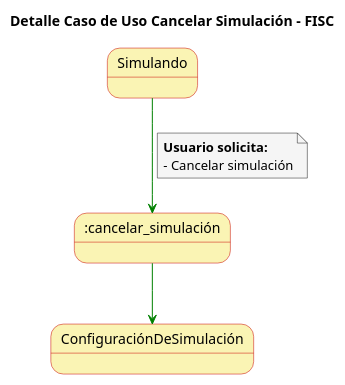
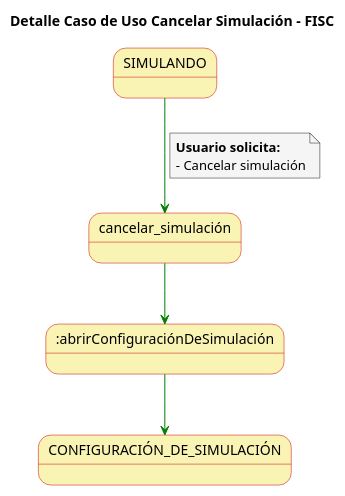
Before and after one commit to mmasias/23-24-IdSw1-SDR: the diagram in casosDeUso/detallesCasosUso/detalleCasoUsoCancelarSimulacion.puml, drawn with PlantUML. The commit also changed 20 other files, not shown here.

```diff
--- a/casosDeUso/detallesCasosUso/detalleCasoUsoCancelarSimulacion.puml
+++ b/casosDeUso/detallesCasosUso/detalleCasoUsoCancelarSimulacion.puml
@@ -1,25 +1,26 @@
 @startuml
 
 skinparam state {
   BackgroundColor #faf4b4
   BorderColor #c90000
 }
 
 skinparam note {
   BackgroundColor #f5f5f5
 }
 
 skinparam linetype polyline
 
 title Detalle Caso de Uso Cancelar Simulación - FISC
 
 
-Simulando -[#green]-> :cancelar_simulación
+SIMULANDO-[#green]-> cancelar_simulación
 note on link
   **Usuario solicita:**
   - Cancelar simulación
 end note
 
-:cancelar_simulación -[#green]-> ConfiguraciónDeSimulación
+cancelar_simulación -[#green]-> :abrirConfiguraciónDeSimulación
+:abrirConfiguraciónDeSimulación-[#green]-> CONFIGURACIÓN_DE_SIMULACIÓN
 
 @enduml
```
